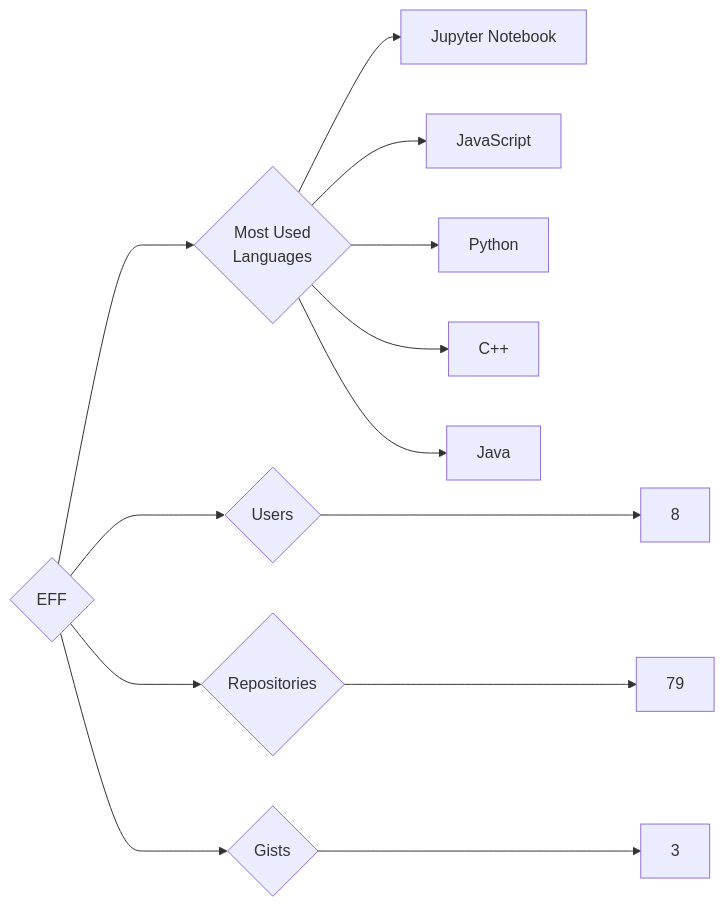
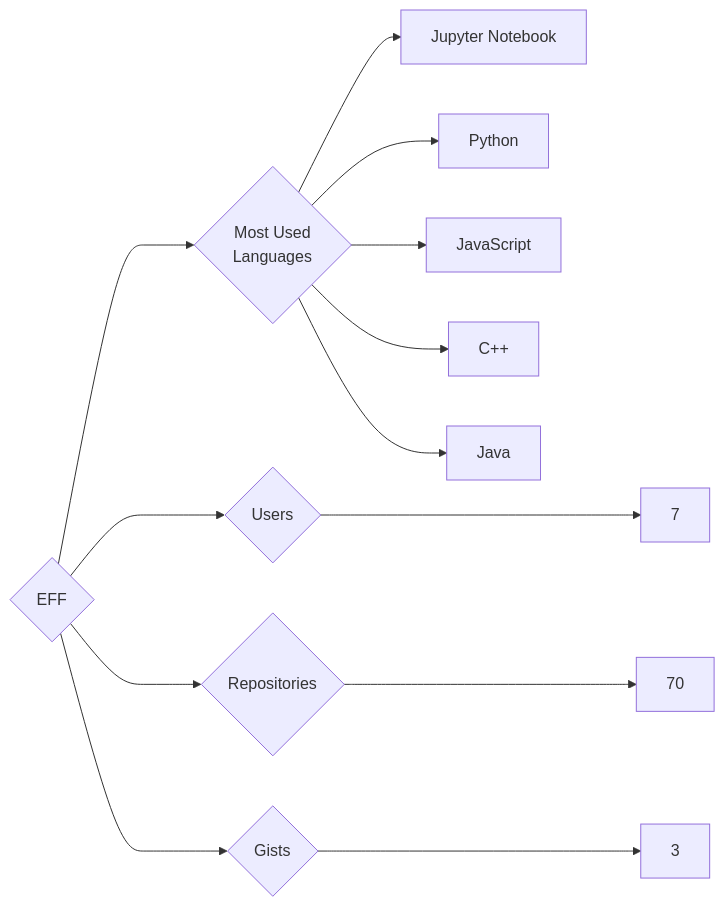
Before and after one commit to trickest/insiders: the diagram in targets/EFF/README.md, drawn with Mermaid. The commit also changed 894 other files, not shown here.

````diff
--- a/targets/EFF/README.md
+++ b/targets/EFF/README.md
@@ -3,13 +3,13 @@
 ```mermaid
 graph LR
 COMPANY_NAME{EFF}
-COMPANY_NAME ---> U{Users} ---> UN[8]
-COMPANY_NAME ---> R{Repositories} ---> RN[79]
+COMPANY_NAME ---> U{Users} ---> UN[7]
+COMPANY_NAME ---> R{Repositories} ---> RN[70]
 COMPANY_NAME ---> G{Gists} ---> GN[3]
 COMPANY_NAME ---> ML{Most Used<br>Languages}
 ML --> Jupyter_Notebook[Jupyter Notebook]
+ML --> Python[Python]
 ML --> JavaScript[JavaScript]
-ML --> Python[Python]
 ML --> C++[C++]
 ML --> Java[Java]
 ```
````
